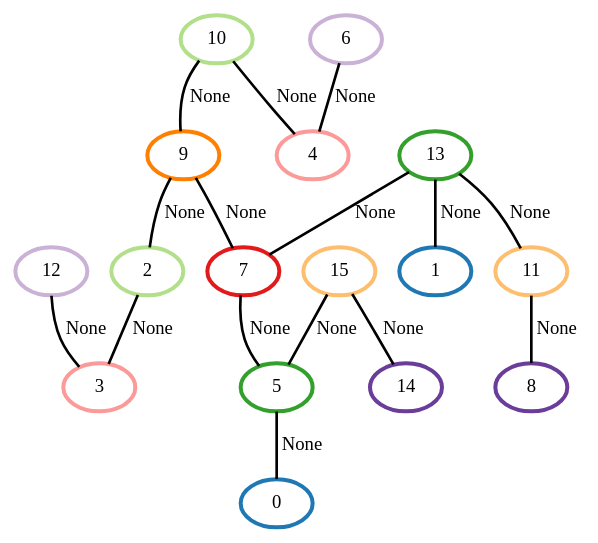
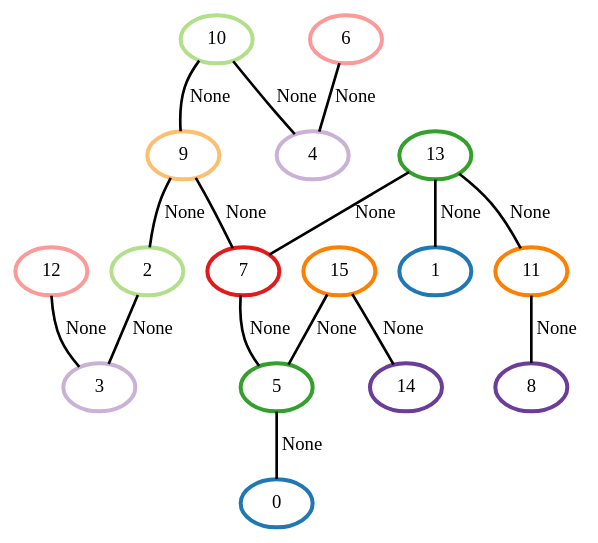
The diagram in Colored/colorref_smallexample_4_16-1.dot (Alex314-dev/graphisomorphism), drawn with Graphviz before and after one commit. The commit also changed 25 other files, not shown here.

```diff
--- a/Colored/colorref_smallexample_4_16-1.dot
+++ b/Colored/colorref_smallexample_4_16-1.dot
@@ -1,34 +1,34 @@
 graph G {
     0 [penwidth=3,label="0",color=2, colorscheme=paired12]
     1 [penwidth=3,label="1",color=2, colorscheme=paired12]
     2 [penwidth=3,label="2",color=3, colorscheme=paired12]
-    3 [penwidth=3,label="3",color=5, colorscheme=paired12]
-    4 [penwidth=3,label="4",color=5, colorscheme=paired12]
+    3 [penwidth=3,label="3",color=9, colorscheme=paired12]
+    4 [penwidth=3,label="4",color=9, colorscheme=paired12]
     5 [penwidth=3,label="5",color=4, colorscheme=paired12]
-    6 [penwidth=3,label="6",color=9, colorscheme=paired12]
+    6 [penwidth=3,label="6",color=5, colorscheme=paired12]
     7 [penwidth=3,label="7",color=6, colorscheme=paired12]
     8 [penwidth=3,label="8",color=10, colorscheme=paired12]
-    9 [penwidth=3,label="9",color=8, colorscheme=paired12]
+    9 [penwidth=3,label="9",color=7, colorscheme=paired12]
     10 [penwidth=3,label="10",color=3, colorscheme=paired12]
-    11 [penwidth=3,label="11",color=7, colorscheme=paired12]
-    12 [penwidth=3,label="12",color=9, colorscheme=paired12]
+    11 [penwidth=3,label="11",color=8, colorscheme=paired12]
+    12 [penwidth=3,label="12",color=5, colorscheme=paired12]
     13 [penwidth=3,label="13",color=4, colorscheme=paired12]
     14 [penwidth=3,label="14",color=10, colorscheme=paired12]
-    15 [penwidth=3,label="15",color=7, colorscheme=paired12]
+    15 [penwidth=3,label="15",color=8, colorscheme=paired12]
 
     13--1 [penwidth=2,label="None"]
     12--3 [penwidth=2,label="None"]
     10--9 [penwidth=2,label="None"]
     10--4 [penwidth=2,label="None"]
     6--4 [penwidth=2,label="None"]
     13--11 [penwidth=2,label="None"]
     15--14 [penwidth=2,label="None"]
     9--2 [penwidth=2,label="None"]
     15--5 [penwidth=2,label="None"]
     9--7 [penwidth=2,label="None"]
     11--8 [penwidth=2,label="None"]
     7--5 [penwidth=2,label="None"]
     2--3 [penwidth=2,label="None"]
     5--0 [penwidth=2,label="None"]
     13--7 [penwidth=2,label="None"]
 }
```
